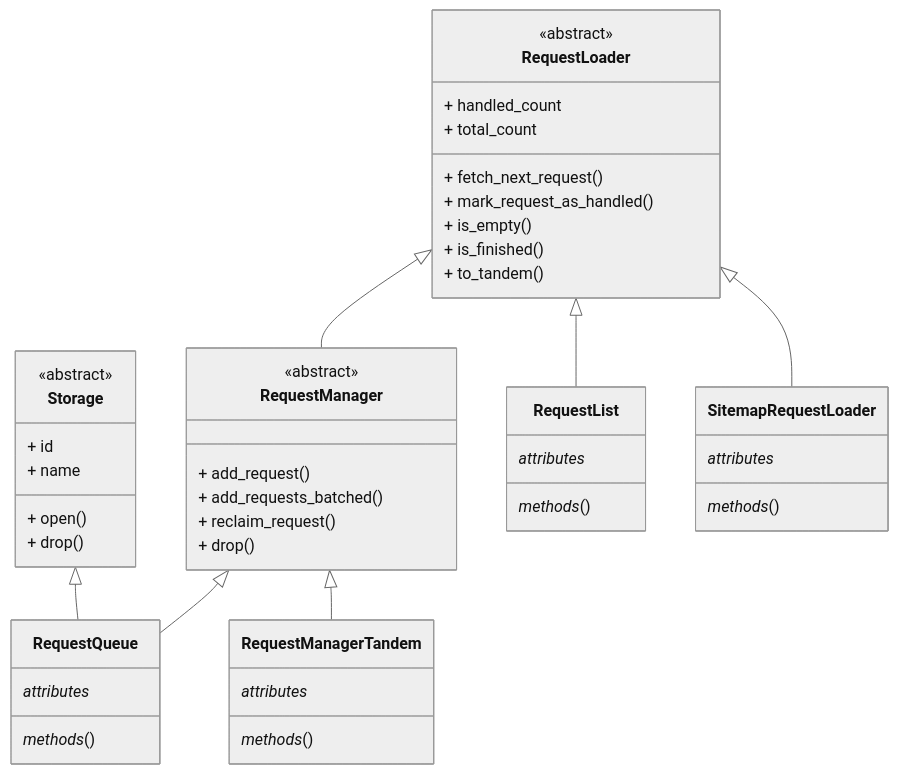
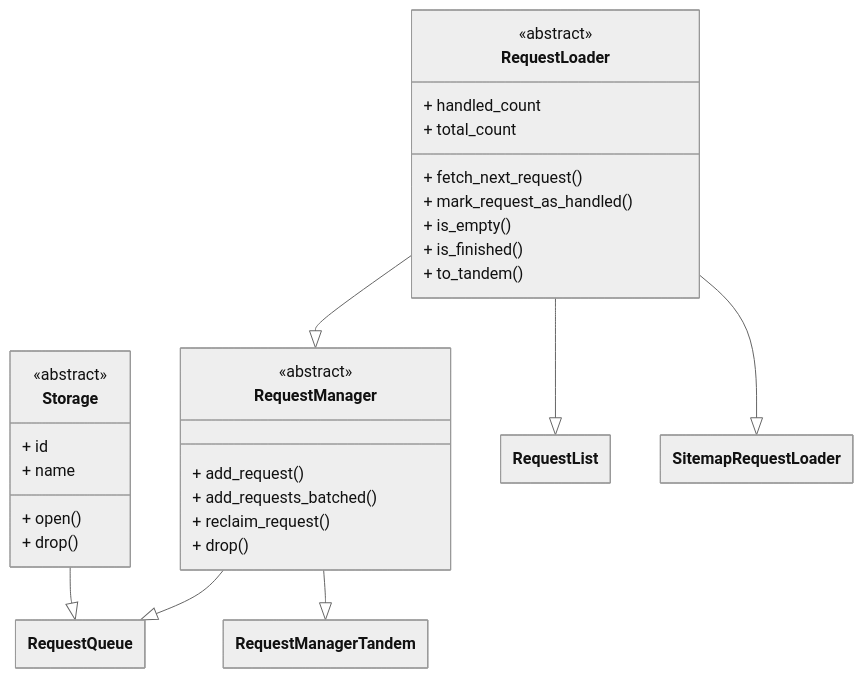
The diagram in docs/guides/request_loaders.mdx (apify/crawlee-python), drawn with Mermaid (neutral theme) before and after one commit. The commit also changed other lines of this file and 45 other files, not shown here.

First line of the commit message:
docs: Add architecture overview guide and more (#1306)

````diff
--- a/docs/guides/request_loaders.mdx
+++ b/docs/guides/request_loaders.mdx
@@ -34,76 +36,64 @@
 ```mermaid
 ---
 config:
     class:
         hideEmptyMembersBox: true
 ---
 
 classDiagram
 
 %% ========================
 %% Abstract classes
 %% ========================
 
 class Storage {
     <<abstract>>
     + id
     + name
     + open()
     + drop()
 }
 
 class RequestLoader {
     <<abstract>>
     + handled_count
     + total_count
     + fetch_next_request()
     + mark_request_as_handled()
     + is_empty()
     + is_finished()
     + to_tandem()
 }
 
 class RequestManager {
     <<abstract>>
     + add_request()
     + add_requests_batched()
     + reclaim_request()
     + drop()
 }
 
 %% ========================
 %% Specific classes
 %% ========================
 
-class RequestQueue {
-    _attributes_
-    _methods_()
-}
+class RequestQueue
 
-class RequestList {
-    _attributes_
-    _methods_()
-}
+class RequestList
 
-class SitemapRequestLoader {
-    _attributes_
-    _methods_()
-}
+class SitemapRequestLoader
 
-class RequestManagerTandem {
-    _attributes_
-    _methods_()
-}
+class RequestManagerTandem
 
 %% ========================
 %% Inheritance arrows
 %% ========================
 
-Storage <|-- RequestQueue
-RequestManager <|-- RequestQueue
+Storage --|> RequestQueue
+RequestManager --|> RequestQueue
 
-RequestLoader <|-- RequestManager
-RequestLoader <|-- RequestList
-RequestLoader <|-- SitemapRequestLoader
-RequestManager <|-- RequestManagerTandem
+RequestLoader --|> RequestManager
+RequestLoader --|> RequestList
+RequestLoader --|> SitemapRequestLoader
+RequestManager --|> RequestManagerTandem
 ```
````
